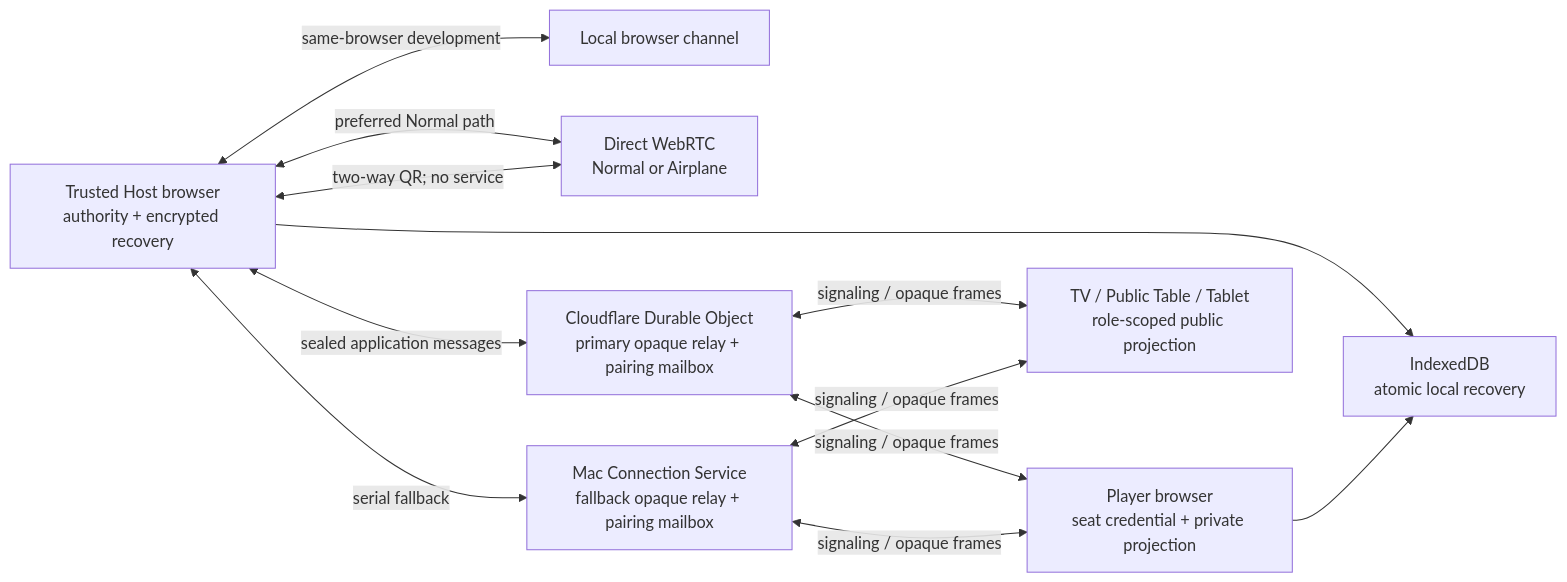
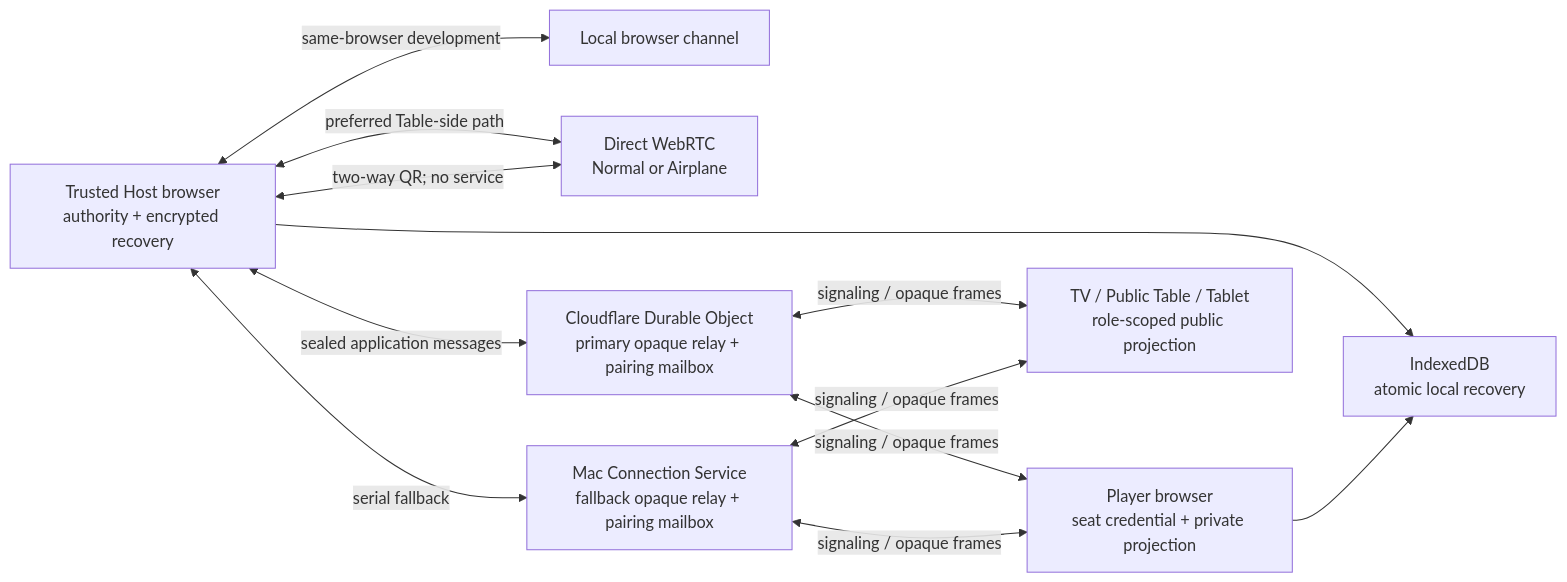
Before and after one commit to Cai-Ruihe/our-poker-table: the diagram in docs/architecture/PHASE-1-RUNTIME.md, drawn with Mermaid. The commit also changed other lines of this file and 121 other files, not shown here.

Commit message:
feat: launch Table-side mode

````diff
--- a/docs/architecture/PHASE-1-RUNTIME.md
+++ b/docs/architecture/PHASE-1-RUNTIME.md
@@ -7,23 +7,23 @@
 ```mermaid
 flowchart LR
   H["Trusted Host browser\nauthority + encrypted recovery"]
   P["Player browser\nseat credential + private projection"]
   D["TV / Public Table / Tablet\nrole-scoped public projection"]
   B["Local browser channel"]
   W["Direct WebRTC\nNormal or Airplane"]
   R["Cloudflare Durable Object\nprimary opaque relay + pairing mailbox"]
   C["Mac Connection Service\nfallback opaque relay + pairing mailbox"]
   S["IndexedDB\natomic local recovery"]
 
   H --> S
   P --> S
   H <-->|"same-browser development"| B
-  H <-->|"preferred Normal path"| W
+  H <-->|"preferred Table-side path"| W
   H <-->|"sealed application messages"| R
   R <-->|"signaling / opaque frames"| P
   R <-->|"signaling / opaque frames"| D
   H <-->|"serial fallback"| C
   C <-->|"signaling / opaque frames"| P
   C <-->|"signaling / opaque frames"| D
   H <-->|"two-way QR; no service"| W
 ```
````
